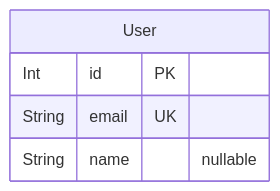
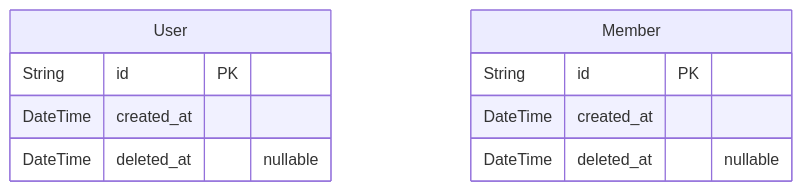
The diagram in prisma/ERD.md (Resupath/backend), drawn with Mermaid before and after one commit. The commit also changed other lines of this file and 1 other file, not shown here.

First line of the commit message:
feat: User, Member 스키마 정의

````diff
--- a/prisma/ERD.md
+++ b/prisma/ERD.md
@@ -9,8 +7,13 @@
 ```mermaid
 erDiagram
 "User" {
-  Int id PK
-  String email UK
-  String name "nullable"
+  String id PK
+  DateTime created_at
+  DateTime deleted_at "nullable"
+}
+"Member" {
+  String id PK
+  DateTime created_at
+  DateTime deleted_at "nullable"
 }
 ```
````
